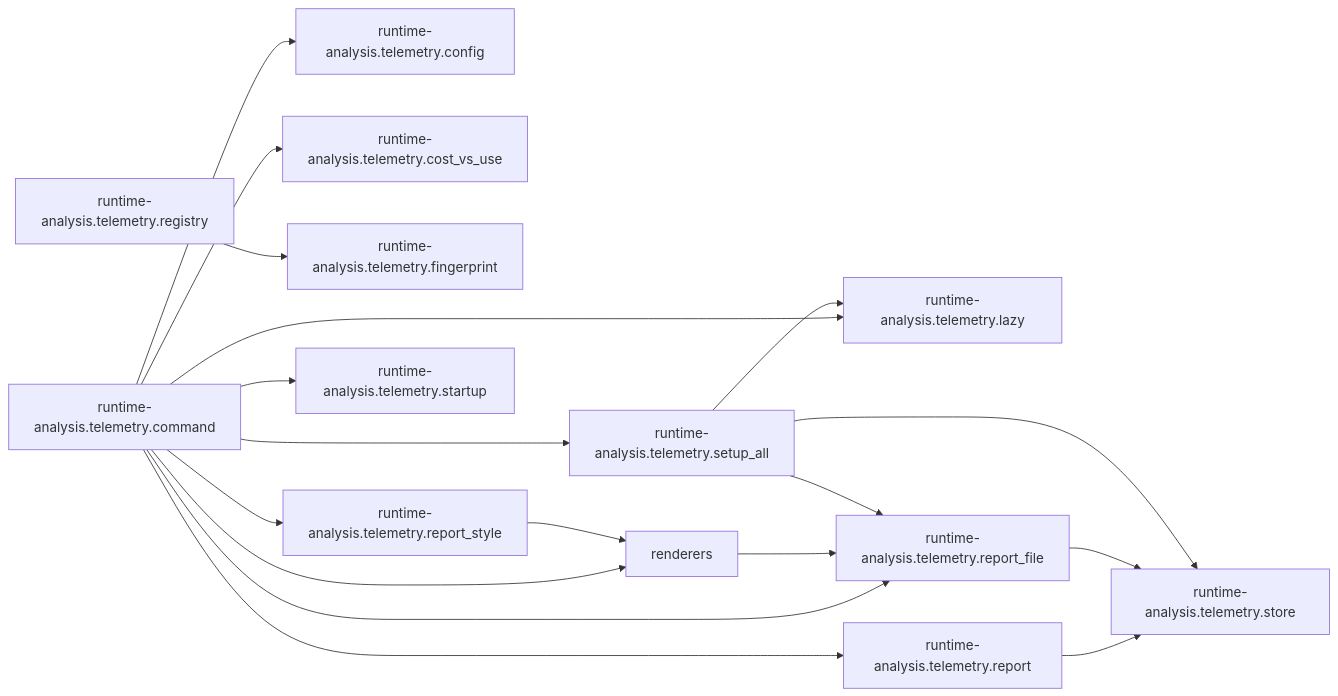
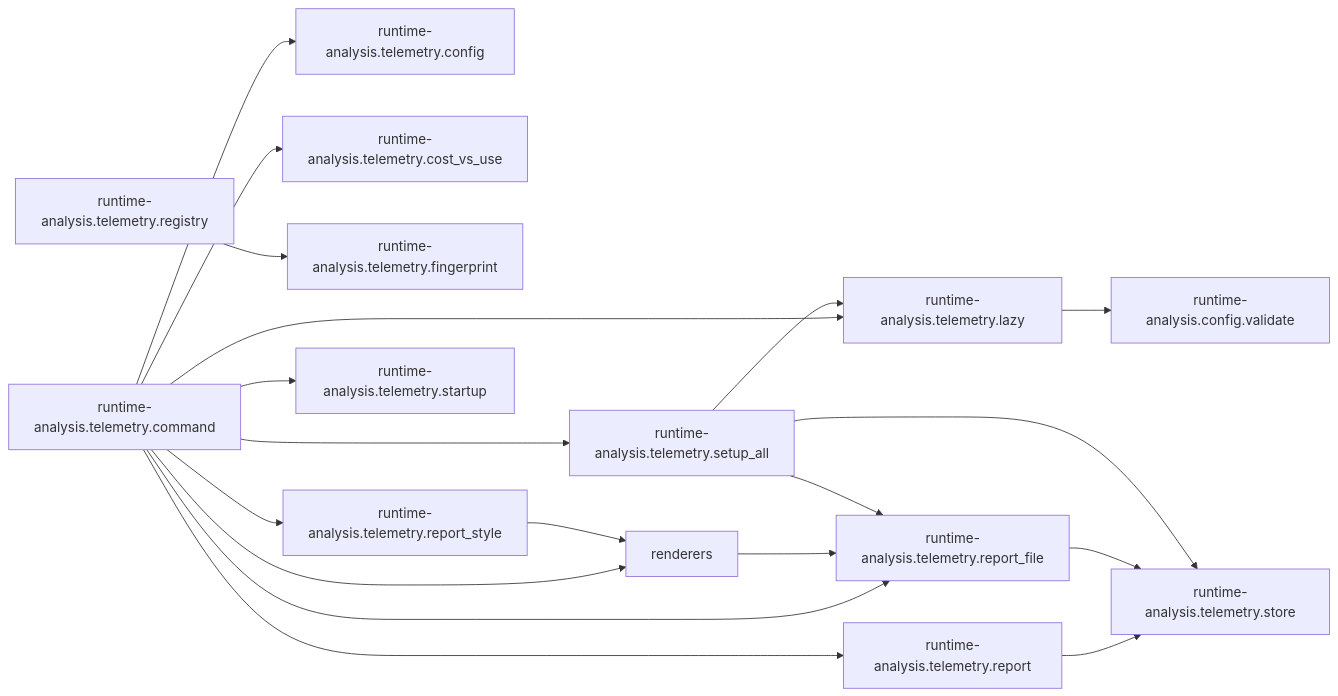
Before and after one commit to StefanBartl/runtime-analysis.nvim: the second of 2 diagrams in docs/map/overview.md, drawn with Mermaid. The commit also changed other lines of this file and 8 other files, not shown here.

First line of the commit message:
feat(config): validate opts keys before merge -- unknown-key warnings with did-you-mean

````diff
--- a/docs/map/overview.md
+++ b/docs/map/overview.md
@@ -34,33 +34,35 @@
 ```mermaid
 flowchart LR
+  nlua_runtime_analysis_config_validate_lua["runtime-analysis.config.validate"]
   nlua_runtime_analysis_telemetry_command_lua["runtime-analysis.telemetry.command"]
   nlua_runtime_analysis_telemetry_config_lua["runtime-analysis.telemetry.config"]
   nlua_runtime_analysis_telemetry_cost_vs_use_lua["runtime-analysis.telemetry.cost_vs_use"]
   nlua_runtime_analysis_telemetry_fingerprint_lua["runtime-analysis.telemetry.fingerprint"]
   nlua_runtime_analysis_telemetry_lazy_lua["runtime-analysis.telemetry.lazy"]
   nlua_runtime_analysis_telemetry_registry_lua["runtime-analysis.telemetry.registry"]
   nlua_runtime_analysis_telemetry_renderers["renderers"]
   nlua_runtime_analysis_telemetry_report_lua["runtime-analysis.telemetry.report"]
   nlua_runtime_analysis_telemetry_report_file_lua["runtime-analysis.telemetry.report_file"]
   nlua_runtime_analysis_telemetry_report_style_lua["runtime-analysis.telemetry.report_style"]
   nlua_runtime_analysis_telemetry_setup_all_lua["runtime-analysis.telemetry.setup_all"]
   nlua_runtime_analysis_telemetry_startup_lua["runtime-analysis.telemetry.startup"]
   nlua_runtime_analysis_telemetry_store_lua["runtime-analysis.telemetry.store"]
   nlua_runtime_analysis_telemetry_command_lua --> nlua_runtime_analysis_telemetry_config_lua
   nlua_runtime_analysis_telemetry_command_lua --> nlua_runtime_analysis_telemetry_cost_vs_use_lua
   nlua_runtime_analysis_telemetry_command_lua --> nlua_runtime_analysis_telemetry_lazy_lua
   nlua_runtime_analysis_telemetry_command_lua --> nlua_runtime_analysis_telemetry_renderers
   nlua_runtime_analysis_telemetry_command_lua --> nlua_runtime_analysis_telemetry_report_lua
   nlua_runtime_analysis_telemetry_command_lua --> nlua_runtime_analysis_telemetry_report_file_lua
   nlua_runtime_analysis_telemetry_command_lua --> nlua_runtime_analysis_telemetry_report_style_lua
   nlua_runtime_analysis_telemetry_command_lua --> nlua_runtime_analysis_telemetry_setup_all_lua
   nlua_runtime_analysis_telemetry_command_lua --> nlua_runtime_analysis_telemetry_startup_lua
+  nlua_runtime_analysis_telemetry_lazy_lua --> nlua_runtime_analysis_config_validate_lua
   nlua_runtime_analysis_telemetry_registry_lua --> nlua_runtime_analysis_telemetry_fingerprint_lua
   nlua_runtime_analysis_telemetry_renderers --> nlua_runtime_analysis_telemetry_report_file_lua
   nlua_runtime_analysis_telemetry_report_lua --> nlua_runtime_analysis_telemetry_store_lua
   nlua_runtime_analysis_telemetry_report_file_lua --> nlua_runtime_analysis_telemetry_store_lua
   nlua_runtime_analysis_telemetry_report_style_lua --> nlua_runtime_analysis_telemetry_renderers
   nlua_runtime_analysis_telemetry_setup_all_lua --> nlua_runtime_analysis_telemetry_lazy_lua
   nlua_runtime_analysis_telemetry_setup_all_lua --> nlua_runtime_analysis_telemetry_report_file_lua
   nlua_runtime_analysis_telemetry_setup_all_lua --> nlua_runtime_analysis_telemetry_store_lua
 ```
````
